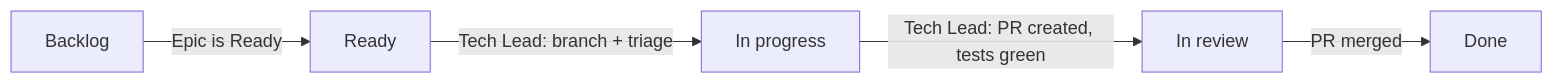
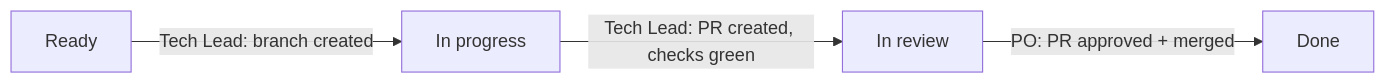
Before and after one commit to normenmueller/ai4X: the diagram in adm/gdl/shr/protocols/board-policy.md, drawn with Mermaid. The commit also changed other lines of this file and 2 other files, not shown here.

First line of the commit message:
chore: unify issue delivery as GitHub Flow

````diff
--- a/adm/gdl/shr/protocols/board-policy.md
+++ b/adm/gdl/shr/protocols/board-policy.md
@@ -49,7 +27,6 @@
 ```mermaid
 flowchart LR
-    B[Backlog] -->|Epic is Ready| R[Ready]
-    R -->|Tech Lead: branch + triage| IP[In progress]
-    IP -->|Tech Lead: PR created, tests green| IR[In review]
-    IR -->|PR merged| D[Done]
+    R[Ready] -->|Tech Lead: branch created| IP[In progress]
+    IP -->|Tech Lead: PR created, checks green| IR[In review]
+    IR -->|PO: PR approved + merged| D[Done]
 ```
````
